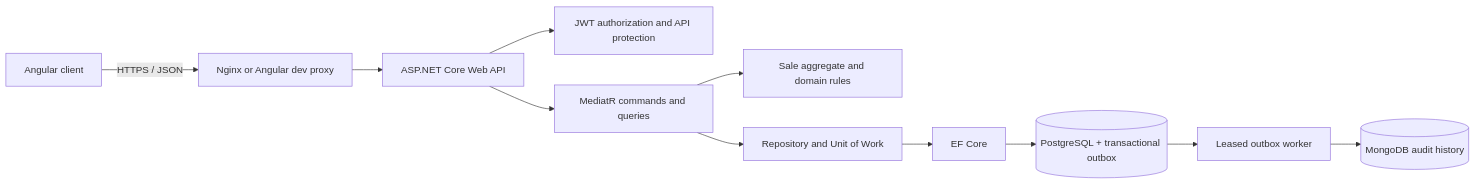
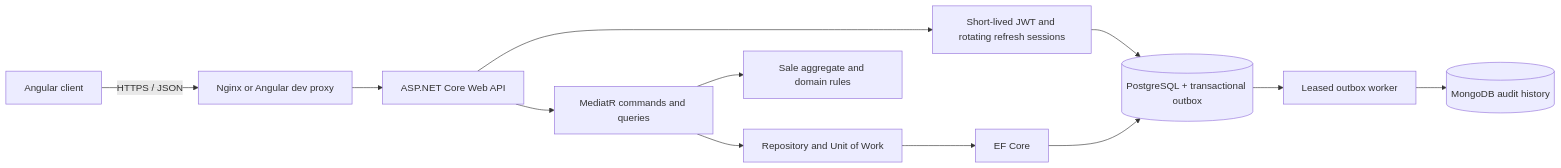
One commit to lauraizabel/OMINIA changed the diagram in .doc/setup-and-delivery.md. Above: the diagram before and after it, drawn with Mermaid. The commit also changed other lines of this file and 42 other files, not shown here.

Commit message:
feat: add secure rotating refresh sessions

````diff
--- a/.doc/setup-and-delivery.md
+++ b/.doc/setup-and-delivery.md
@@ -173,13 +177,14 @@
 ```mermaid
 flowchart LR
     Browser[Angular client] -->|HTTPS / JSON| Proxy[Nginx or Angular dev proxy]
     Proxy --> API[ASP.NET Core Web API]
-    API --> Auth[JWT authorization and API protection]
+    API --> Auth[Short-lived JWT and rotating refresh sessions]
+    Auth --> PostgreSQL
     API --> Mediator[MediatR commands and queries]
     Mediator --> Domain[Sale aggregate and domain rules]
     Mediator --> Repository[Repository and Unit of Work]
     Repository --> EF[EF Core]
     EF --> PostgreSQL[(PostgreSQL + transactional outbox)]
     PostgreSQL --> Worker[Leased outbox worker]
     Worker --> MongoDB[(MongoDB audit history)]
 ```
````
